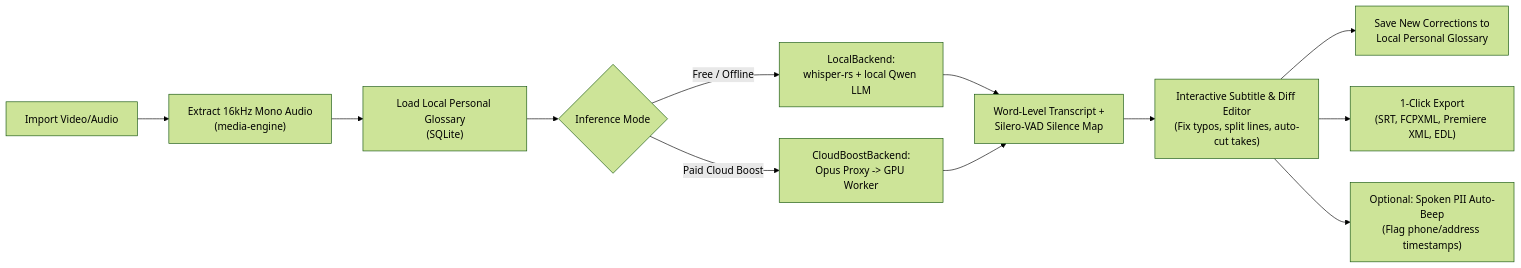
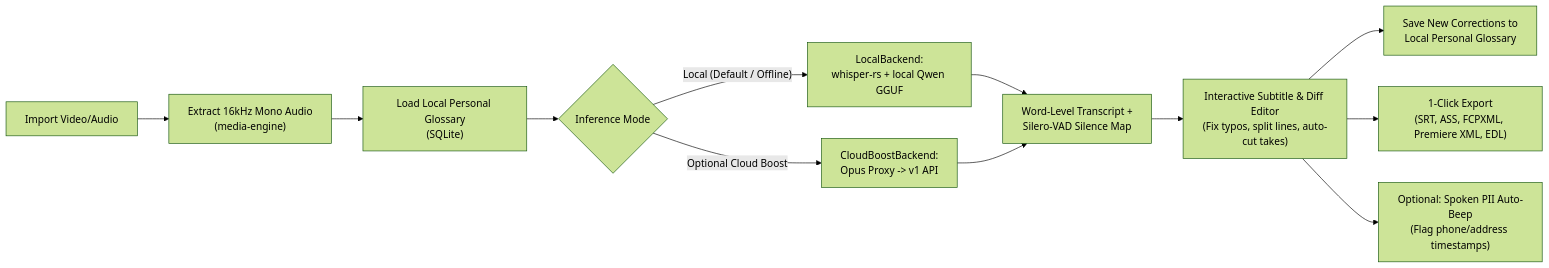
One commit to tungnguyenlam/tinycut changed the first of 3 diagrams in WORKFLOW.md. Above: the diagram before and after it, drawn with Mermaid (forest theme). The commit also changed other lines of this file and 11 other files, not shown here.

````diff
--- a/WORKFLOW.md
+++ b/WORKFLOW.md
@@ -10,14 +12,14 @@
 ```mermaid
 flowchart LR
     A["Import Video/Audio"] --> B["Extract 16kHz Mono Audio\n(media-engine)"]
     B --> C["Load Local Personal Glossary\n(SQLite)"]
     C --> D{"Inference Mode"}
-    D -- "Free / Offline" --> E["LocalBackend:\nwhisper-rs + local Qwen LLM"]
-    D -- "Paid Cloud Boost" --> F["CloudBoostBackend:\nOpus Proxy -> GPU Worker"]
+    D -- "Local (Default / Offline)" --> E["LocalBackend:\nwhisper-rs + local Qwen GGUF"]
+    D -- "Optional Cloud Boost" --> F["CloudBoostBackend:\nOpus Proxy -> v1 API"]
     E --> G["Word-Level Transcript +\nSilero-VAD Silence Map"]
     F --> G
     G --> H["Interactive Subtitle & Diff Editor\n(Fix typos, split lines, auto-cut takes)"]
     H --> I["Save New Corrections to\nLocal Personal Glossary"]
-    H --> J["1-Click Export\n(SRT, FCPXML, Premiere XML, EDL)"]
+    H --> J["1-Click Export\n(SRT, ASS, FCPXML, Premiere XML, EDL)"]
     H --> K["Optional: Spoken PII Auto-Beep\n(Flag phone/address timestamps)"]
 ```
````
